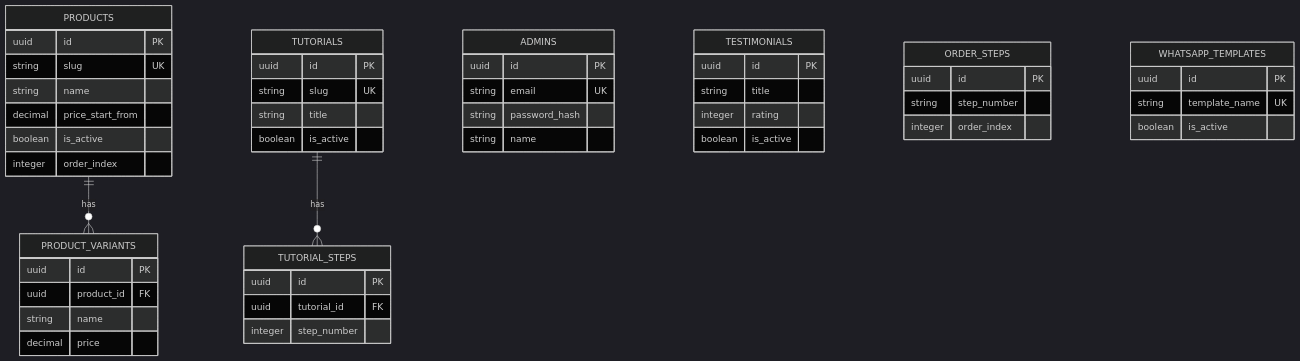
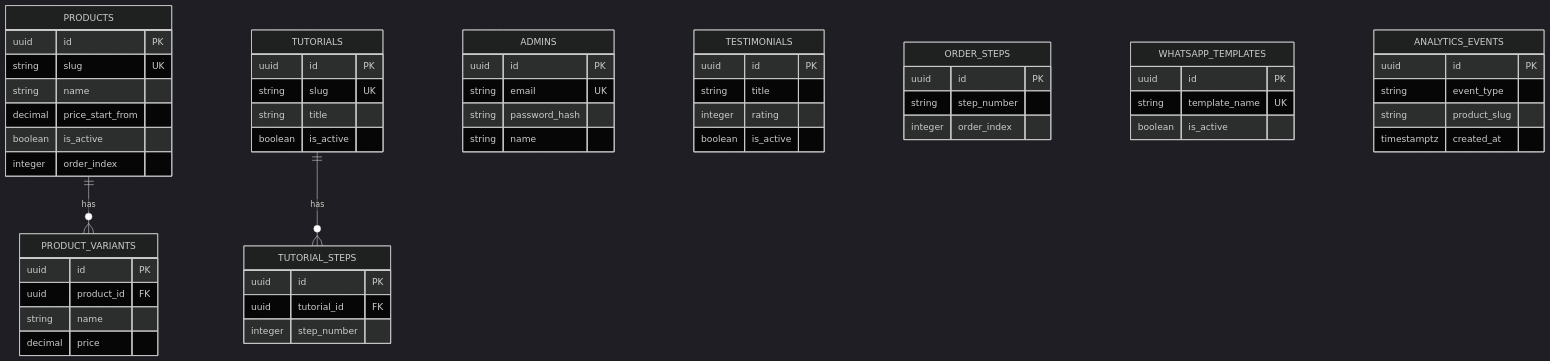
The diagram in docs/DATABASE_SCHEMA.md (catursetyo/una-project-web), drawn with Mermaid (dark theme) before and after one commit. The commit also changed 30 other files, not shown here.

````diff
--- a/docs/DATABASE_SCHEMA.md
+++ b/docs/DATABASE_SCHEMA.md
@@ -7,53 +7,59 @@
 ```mermaid
 erDiagram
   PRODUCTS ||--o{ PRODUCT_VARIANTS : has
   TUTORIALS ||--o{ TUTORIAL_STEPS : has
 
   ADMINS {
     uuid id PK
     string email UK
     string password_hash
     string name
   }
   PRODUCTS {
     uuid id PK
     string slug UK
     string name
     decimal price_start_from
     boolean is_active
     integer order_index
   }
   PRODUCT_VARIANTS {
     uuid id PK
     uuid product_id FK
     string name
     decimal price
   }
   TESTIMONIALS {
     uuid id PK
     string title
     integer rating
     boolean is_active
   }
   TUTORIALS {
     uuid id PK
     string slug UK
     string title
     boolean is_active
   }
   TUTORIAL_STEPS {
     uuid id PK
     uuid tutorial_id FK
     integer step_number
   }
   ORDER_STEPS {
     uuid id PK
     string step_number
     integer order_index
   }
   WHATSAPP_TEMPLATES {
     uuid id PK
     string template_name UK
     boolean is_active
   }
+  ANALYTICS_EVENTS {
+    uuid id PK
+    string event_type
+    string product_slug
+    timestamptz created_at
+  }
 ```
````
